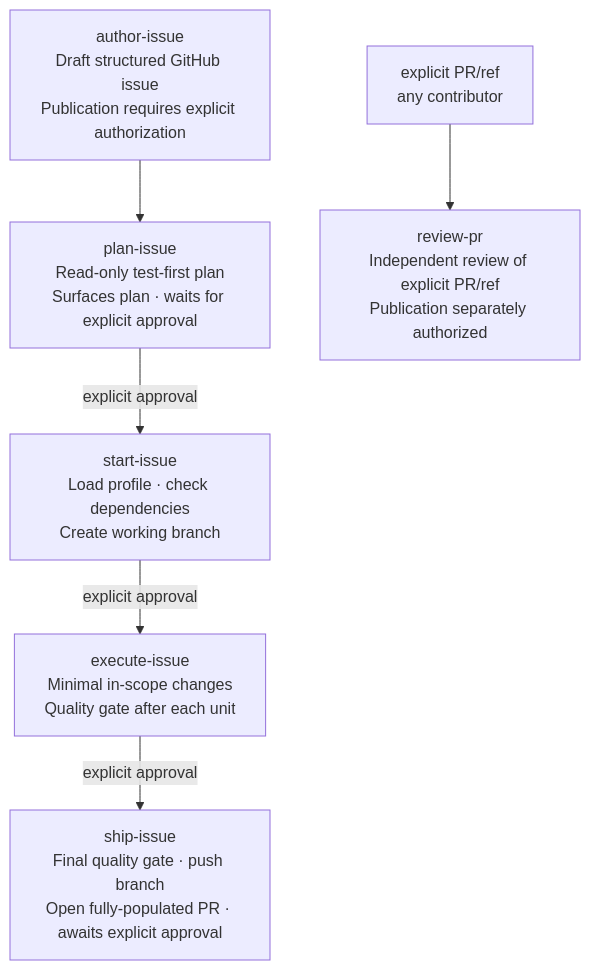
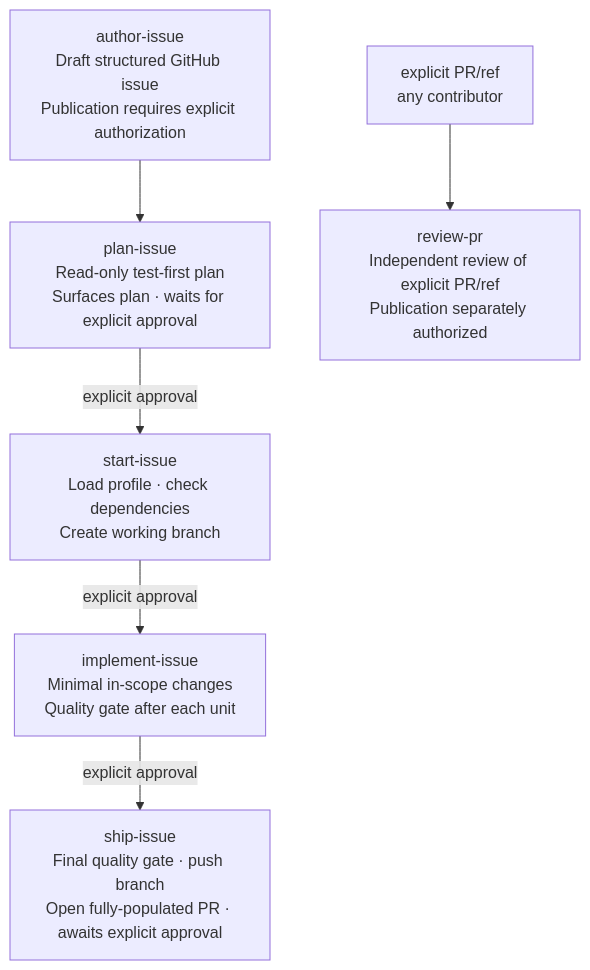
Before and after one commit to dgaramos/agent-workflows: the second of 2 diagrams in README.md, drawn with Mermaid.

Commit message:
docs(readme): fix flowchart to use implement-issue instead of execute-issue
execute-issue orchestrates the full lifecycle; implement-issue is the
discrete implementation phase in the flowchart.

Claude-Session: https://claude.ai/code/session_01DyAv8wrU2qZRFBTmGdmWVZ

````diff
--- a/README.md
+++ b/README.md
@@ -56,15 +56,15 @@
 ```mermaid
 flowchart TD
     I["author-issue\nDraft structured GitHub issue\nPublication requires explicit authorization"]
     PL["plan-issue\nRead-only test-first plan\nSurfaces plan · waits for explicit approval"]
     S["start-issue\nLoad profile · check dependencies\nCreate working branch"]
-    EX["execute-issue\nMinimal in-scope changes\nQuality gate after each unit"]
+    IM["implement-issue\nMinimal in-scope changes\nQuality gate after each unit"]
     SH["ship-issue\nFinal quality gate · push branch\nOpen fully-populated PR · awaits explicit approval"]
     RV["review-pr\nIndependent review of explicit PR/ref\nPublication separately authorized"]
 
     I --> PL
     PL -->|"explicit approval"| S
-    S -->|"explicit approval"| EX
-    EX -->|"explicit approval"| SH
+    S -->|"explicit approval"| IM
+    IM -->|"explicit approval"| SH
     R["explicit PR/ref\nany contributor"] --> RV
 ```
````
